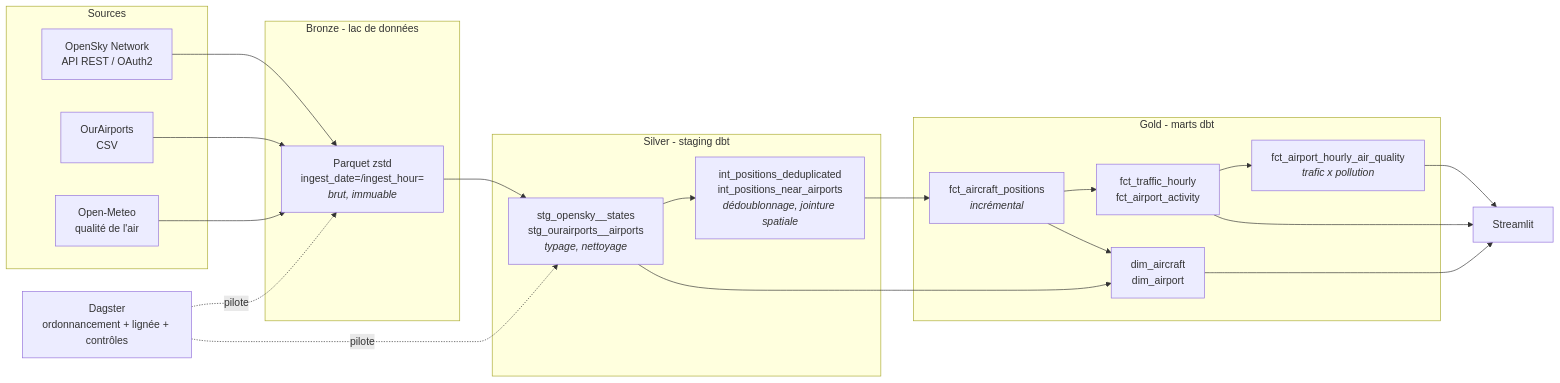
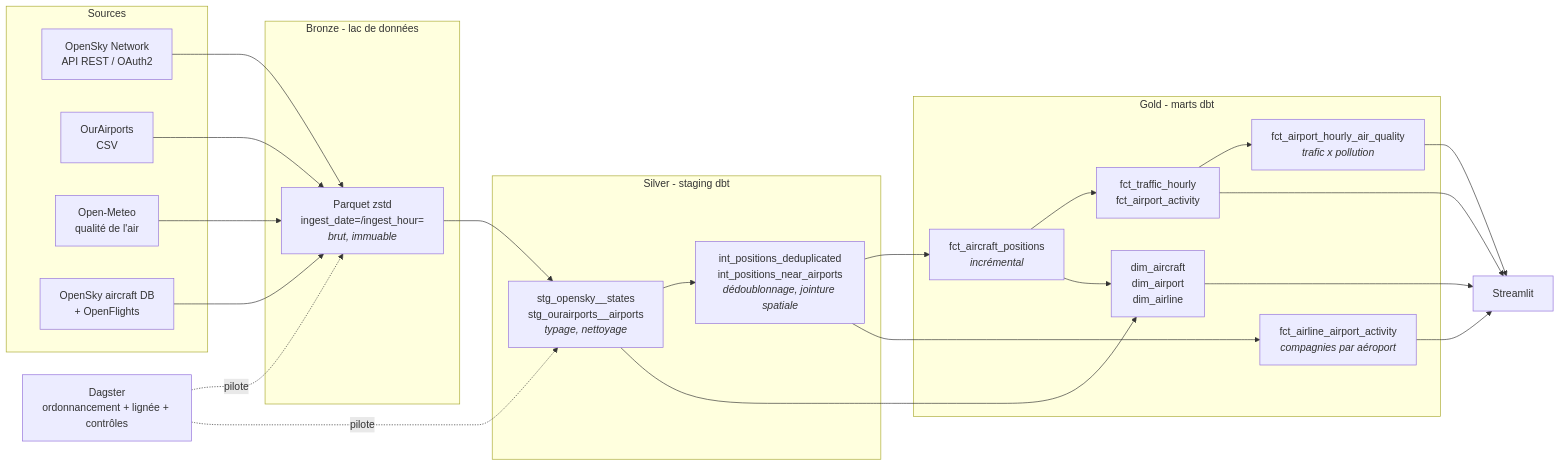
One commit to SouleimanME/Skytrace changed the diagram in README.md. Above: the diagram before and after it, drawn with Mermaid. The commit also changed other lines of this file and 28 other files, not shown here.

````diff
--- a/README.md
+++ b/README.md
@@ -42,40 +42,45 @@
 ```mermaid
 flowchart LR
     subgraph sources["Sources"]
         A["OpenSky Network<br/>API REST / OAuth2"]
         B["OurAirports<br/>CSV"]
         B2["Open-Meteo<br/>qualité de l'air"]
+        B3["OpenSky aircraft DB<br/>+ OpenFlights"]
     end
 
     subgraph bronze["Bronze - lac de données"]
         C["Parquet zstd<br/>ingest_date=/ingest_hour=<br/><i>brut, immuable</i>"]
     end
 
     subgraph silver["Silver - staging dbt"]
         D["stg_opensky__states<br/>stg_ourairports__airports<br/><i>typage, nettoyage</i>"]
         E["int_positions_deduplicated<br/>int_positions_near_airports<br/><i>dédoublonnage, jointure spatiale</i>"]
     end
 
     subgraph gold["Gold - marts dbt"]
         F["fct_aircraft_positions<br/><i>incrémental</i>"]
         G["fct_traffic_hourly<br/>fct_airport_activity"]
-        H["dim_aircraft<br/>dim_airport"]
+        H["dim_aircraft<br/>dim_airport<br/>dim_airline"]
         K["fct_airport_hourly_air_quality<br/><i>trafic x pollution</i>"]
+        L["fct_airline_airport_activity<br/><i>compagnies par aéroport</i>"]
     end
 
     I["Streamlit"]
 
     A --> C
     B --> C
     B2 --> C
+    B3 --> C
     C --> D --> E --> F --> G
     D --> H
     F --> H
+    E --> L
     G --> K
     G --> I
     H --> I
     K --> I
+    L --> I
 
     J["Dagster<br/>ordonnancement + lignée + contrôles"] -.pilote.-> C
     J -.pilote.-> D
 ```
````
